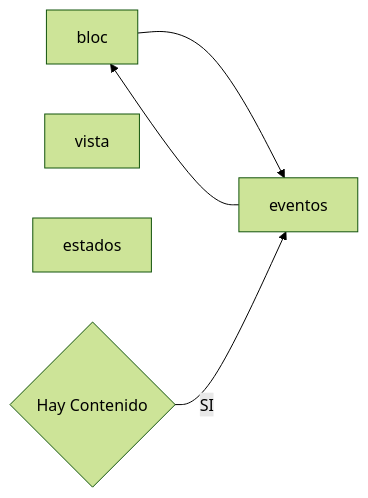
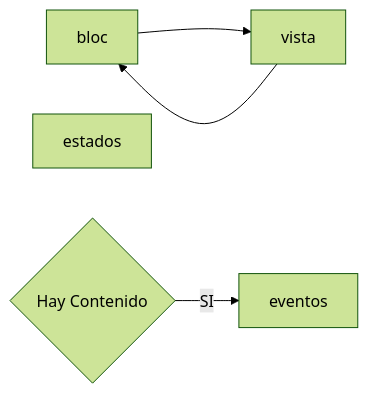
Before and after one commit to stivengm/LoLStadistics: the diagram in README.md, drawn with Mermaid (forest theme).

````diff
--- a/README.md
+++ b/README.md
@@ -35,16 +35,16 @@
 ```mermaid
 
 graph LR;
 
 B[bloc];
 V[vista];
 E[estados];
 S[eventos]
 I{Hay Contenido};
 
-S --> B
-B --> S
+V --> B
+B --> V
 
 I --> |SI| S
 
 ```
````
